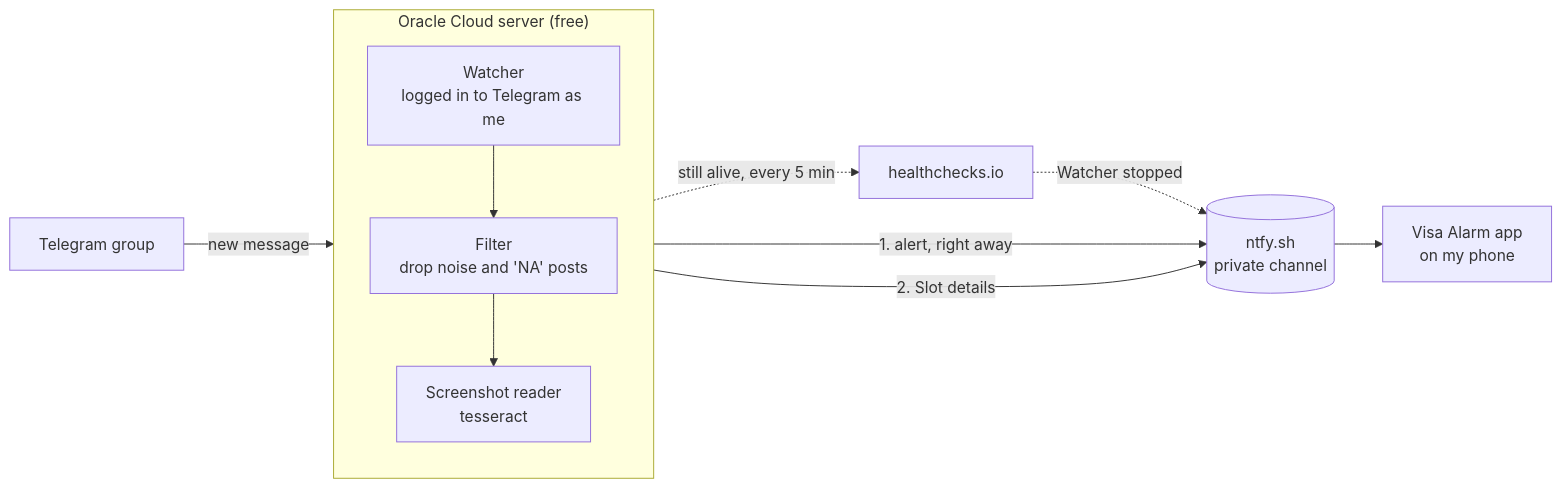
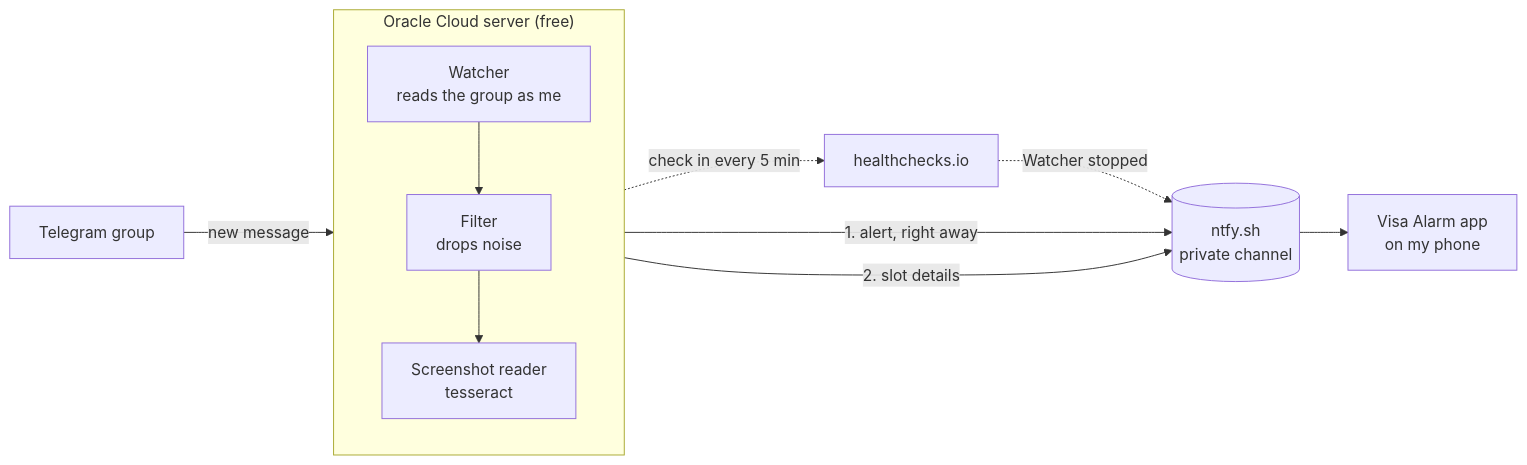
One commit to MeghnaNatraj/h1b-appointment-watcher changed the diagram in README.md. Above: the diagram before and after it, drawn with Mermaid. The commit also changed other lines of this file and 6 other files, not shown here.

````diff
--- a/README.md
+++ b/README.md
@@ -9,20 +9,20 @@
 ```mermaid
 flowchart LR
   G["Telegram group"]
   subgraph VM["Oracle Cloud server (free)"]
     direction TB
-    W["Watcher<br/>logged in to Telegram as me"]
-    F["Filter<br/>drop noise and 'NA' posts"]
+    W["Watcher<br/>reads the group as me"]
+    F["Filter<br/>drops noise"]
     O["Screenshot reader<br/>tesseract"]
     W --> F --> O
   end
   N[("ntfy.sh<br/>private channel")]
   P["Visa Alarm app<br/>on my phone"]
   H["healthchecks.io"]
   G -- "new message" --> W
   F -- "1. alert, right away" --> N
-  O -- "2. Slot details" --> N
+  O -- "2. slot details" --> N
   N --> P
-  W -. "still alive, every 5 min" .-> H
+  W -. "check in every 5 min" .-> H
   H -. "Watcher stopped" .-> N
 ```
````
